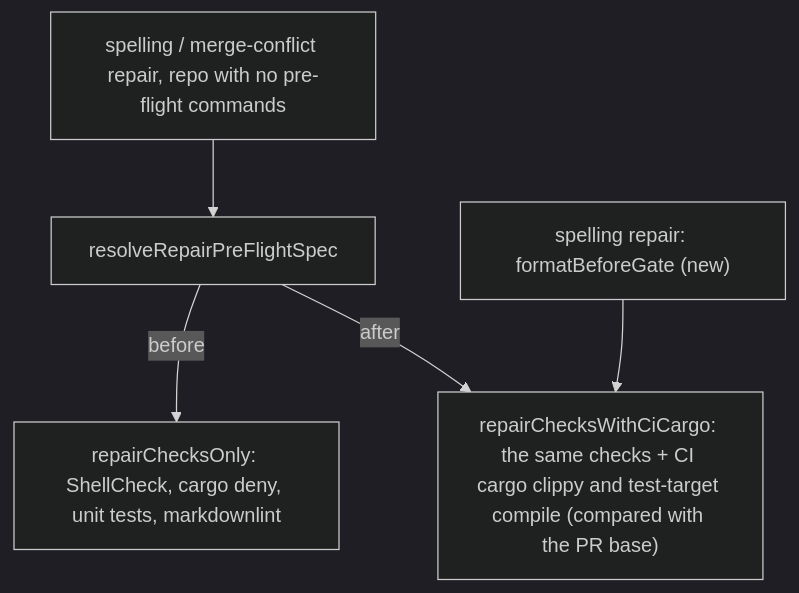
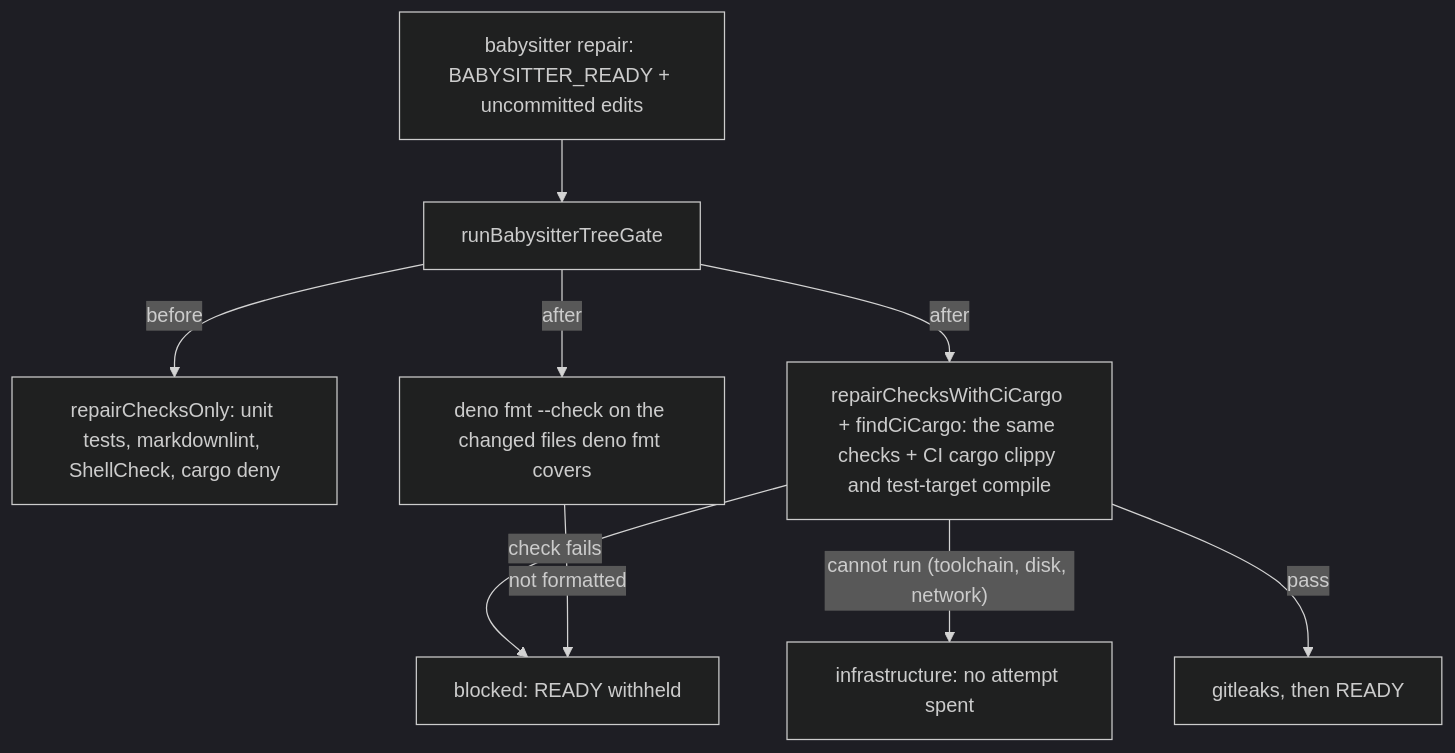
One commit to stSoftwareAU/VibeCoder changed the diagram in docs/archive/pr-summaries/pr-summary-5169.md. Above: the diagram before and after it, drawn with Mermaid (dark theme). The commit also changed other lines of this file and 11 other files, not shown here.

Commit message:
Fix local quality-check bypasses before fleet publication (Rust, Deno and ShellCheck) (Issue #5169) (#5252)

````diff
--- a/docs/archive/pr-summaries/pr-summary-5169.md
+++ b/docs/archive/pr-summaries/pr-summary-5169.md
@@ -60,7 +77,11 @@
 ```mermaid
 flowchart TD
-    R["spelling / merge-conflict repair, repo with no pre-flight commands"] --> S["resolveRepairPreFlightSpec"]
-    S -- before --> O["repairChecksOnly: ShellCheck, cargo deny, unit tests, markdownlint"]
-    S -- after --> C["repairChecksWithCiCargo: the same checks + CI cargo clippy and test-target compile (compared with the PR base)"]
-    F["spelling repair: formatBeforeGate (new)"] --> C
+    A["babysitter repair: BABYSITTER_READY + uncommitted edits"] --> G["runBabysitterTreeGate"]
+    G -- before --> O["repairChecksOnly: unit tests, markdownlint, ShellCheck, cargo deny"]
+    G -- after --> C["repairChecksWithCiCargo + findCiCargo: the same checks + CI cargo clippy and test-target compile"]
+    C -- "check fails" --> B["blocked: READY withheld"]
+    C -- "cannot run (toolchain, disk, network)" --> I["infrastructure: no attempt spent"]
+    C -- pass --> L["gitleaks, then READY"]
+    G -- after --> F["deno fmt --check on the changed files deno fmt covers"]
+    F -- "not formatted" --> B
 ```
````
